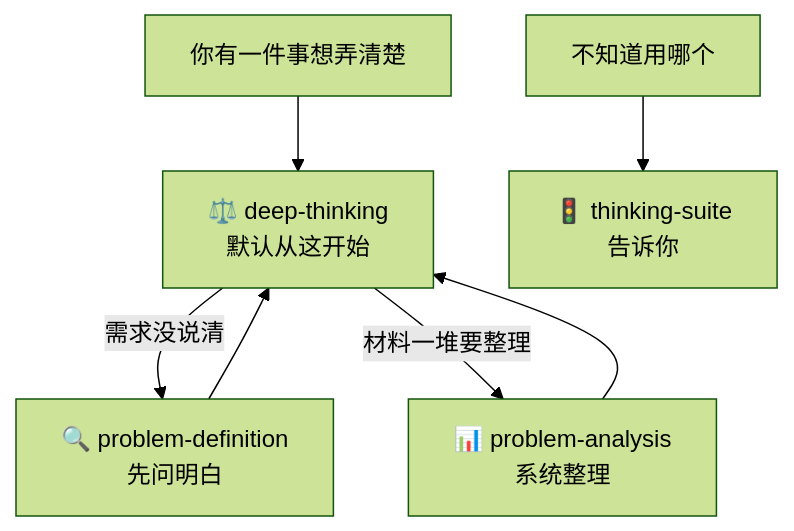
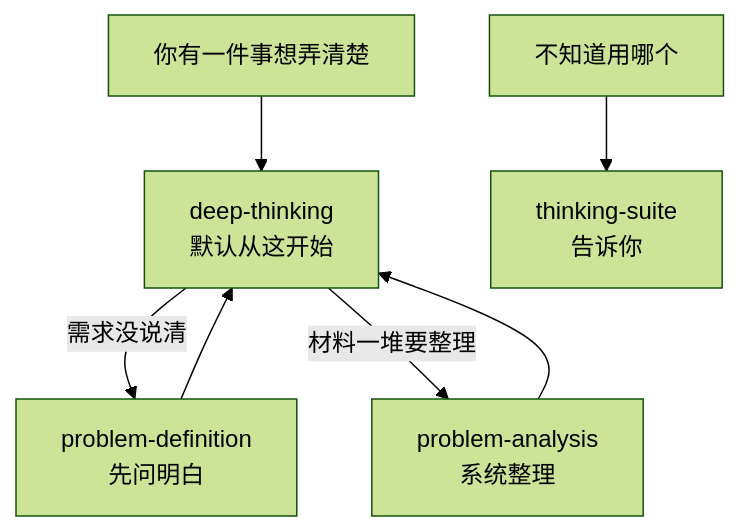
Before and after one commit to guangquan123/thinking-skills: the diagram in README.md, drawn with Mermaid (forest theme). The commit also changed other lines of this file and 2 other files, not shown here.

Commit message:
docs: README v8 - 安装章节按工具补全技能目录(Agent Skills开放标准/Cursor/Claude Code/DeepWorks)、新增按需单装说明与「验证装好了没有」小节、删除装饰emoji；新增MIT LICENSE；thinking-suite歧义裁决表补first-principles未安装时deep-thinking兜底

````diff
--- a/README.md
+++ b/README.md
@@ -24,9 +24,9 @@
 ```mermaid
 flowchart TD
-    A["你有一件事想弄清楚"] --> D["⚖️ deep-thinking<br/>默认从这开始"]
-    D -- "需求没说清" --> C["🔍 problem-definition<br/>先问明白"]
-    D -- "材料一堆要整理" --> E["📊 problem-analysis<br/>系统整理"]
+    A["你有一件事想弄清楚"] --> D["deep-thinking<br/>默认从这开始"]
+    D -- "需求没说清" --> C["problem-definition<br/>先问明白"]
+    D -- "材料一堆要整理" --> E["problem-analysis<br/>系统整理"]
     C --> D
     E --> D
-    F["不知道用哪个"] --> H["🚦 thinking-suite<br/>告诉你"]
+    F["不知道用哪个"] --> H["thinking-suite<br/>告诉你"]
 ```
````
